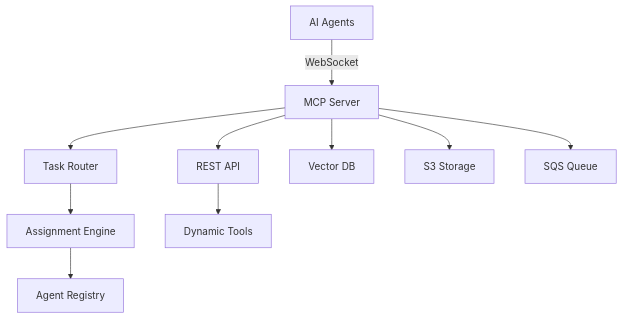
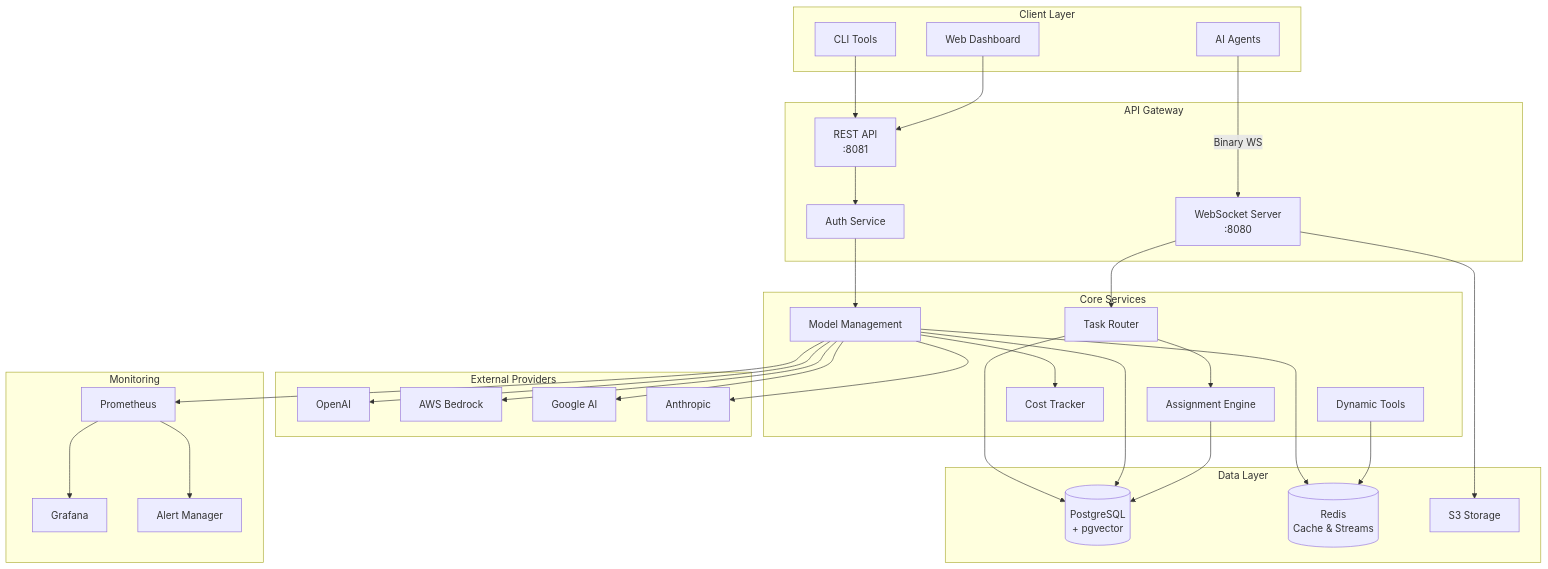
The first of 2 diagrams in README.md (smartramana/developer-mesh), drawn with Mermaid before and after one commit. The commit also changed other lines of this file and 155 other files, not shown here.

````diff
--- a/README.md
+++ b/README.md
@@ -89,12 +102,63 @@
 ```mermaid
-graph TD
-    A[AI Agents] -->|WebSocket| B[MCP Server]
-    B --> C[Task Router]
-    C --> D[Assignment Engine]
-    D --> E[Agent Registry]
-    B --> F[REST API]
-    F --> G[Dynamic Tools]
-    B --> H[Vector DB]
-    B --> I[S3 Storage]
-    B --> J[SQS Queue]
+graph TB
+    subgraph "Client Layer"
+        A1[AI Agents]
+        A2[CLI Tools]
+        A3[Web Dashboard]
+    end
+    
+    subgraph "API Gateway"
+        B1[WebSocket Server<br/>:8080]
+        B2[REST API<br/>:8081]
+        B3[Auth Service]
+    end
+    
+    subgraph "Core Services"
+        C1[Task Router]
+        C2[Model Management]
+        C3[Assignment Engine]
+        C4[Cost Tracker]
+        C5[Dynamic Tools]
+    end
+    
+    subgraph "Data Layer"
+        D1[(PostgreSQL<br/>+ pgvector)]
+        D2[(Redis<br/>Cache & Streams)]
+        D3[S3 Storage]
+    end
+    
+    subgraph "External Providers"
+        E1[OpenAI]
+        E2[AWS Bedrock]
+        E3[Google AI]
+        E4[Anthropic]
+    end
+    
+    subgraph "Monitoring"
+        F1[Prometheus]
+        F2[Grafana]
+        F3[Alert Manager]
+    end
+    
+    A1 -->|Binary WS| B1
+    A2 --> B2
+    A3 --> B2
+    B1 --> C1
+    B2 --> B3
+    B3 --> C2
+    C1 --> C3
+    C2 --> C4
+    C2 --> E1
+    C2 --> E2
+    C2 --> E3
+    C2 --> E4
+    C1 --> D1
+    C2 --> D1
+    C2 --> D2
+    C3 --> D1
+    C5 --> D2
+    B1 --> D3
+    C2 --> F1
+    F1 --> F2
+    F1 --> F3
 ```
````
